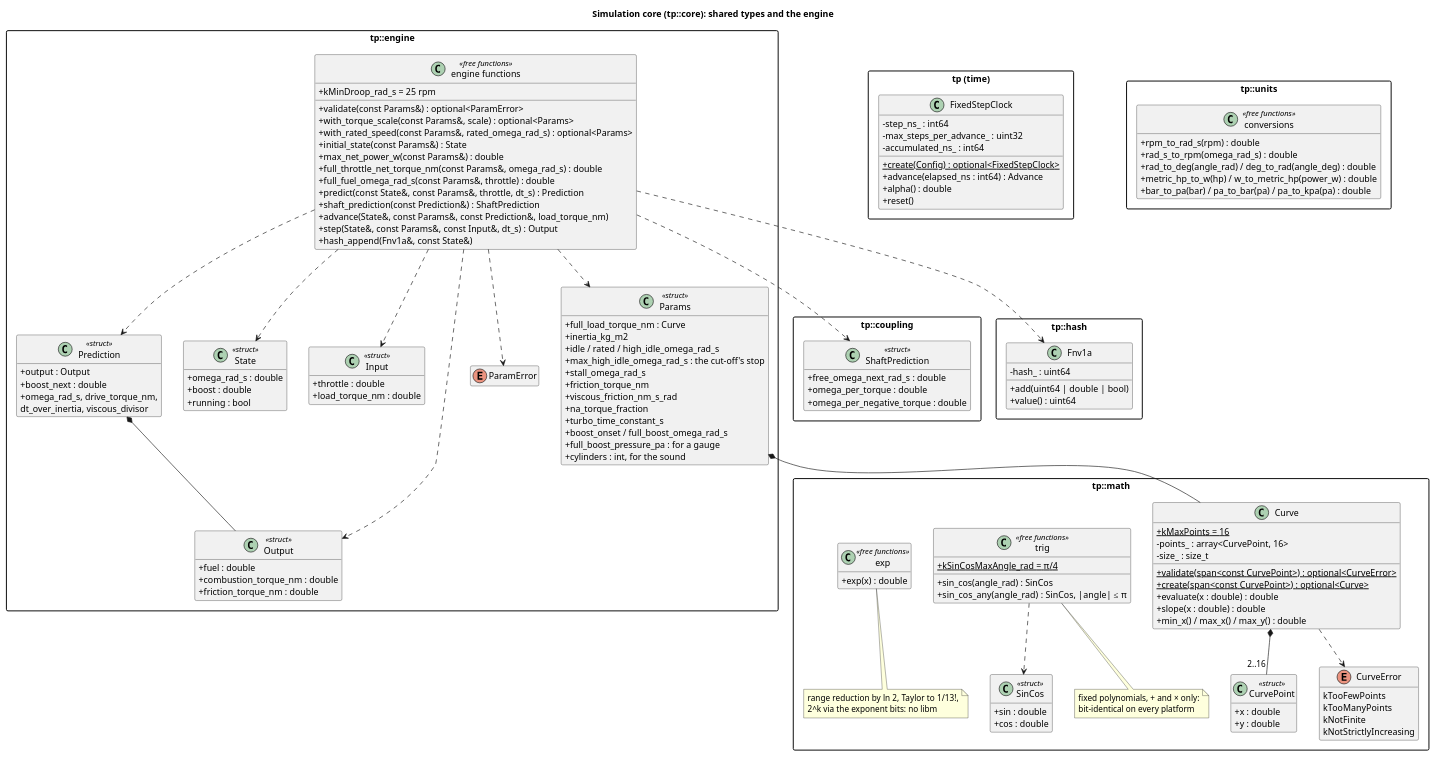
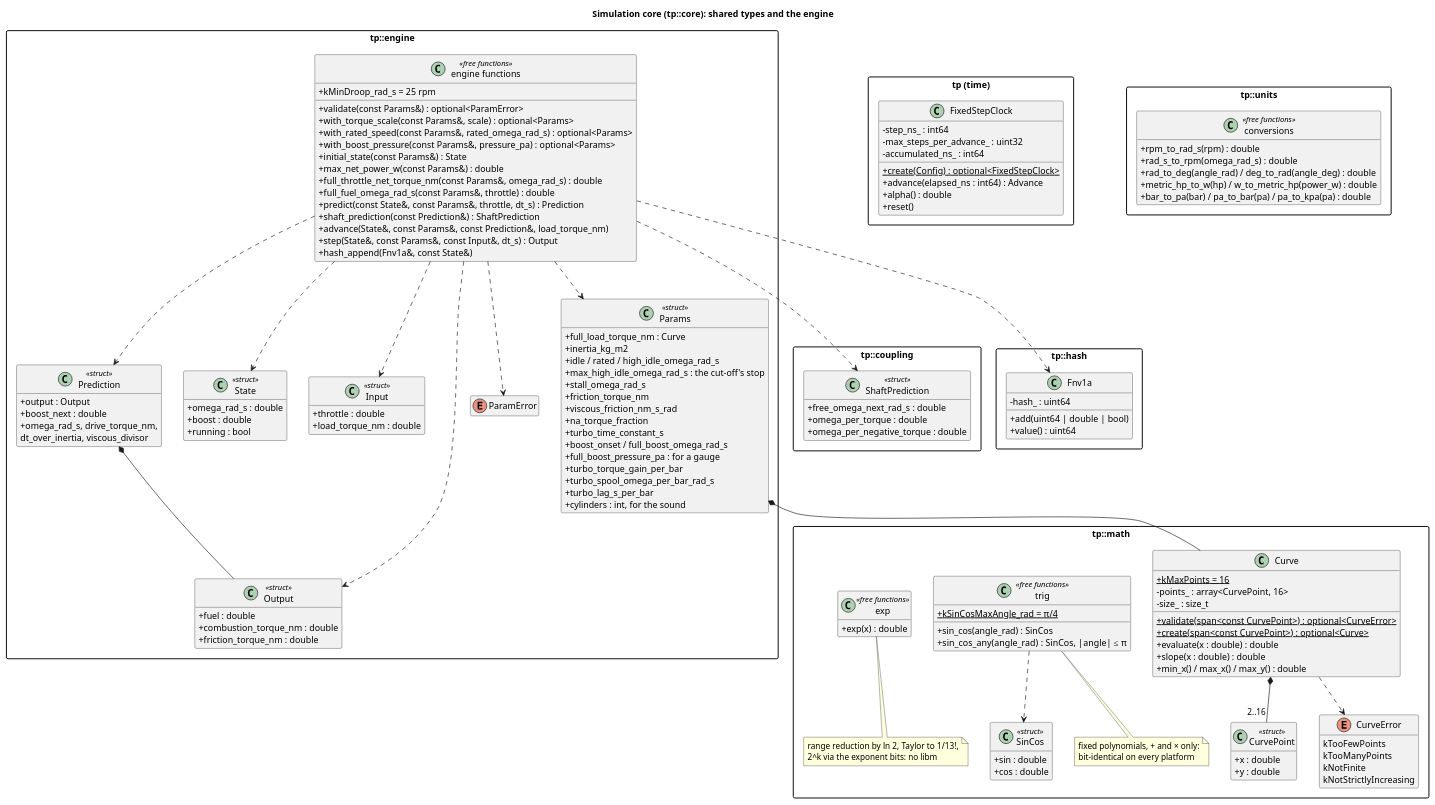
Before and after one commit to wversteeg/TractorPulling: the diagram in docs/diagrams/core_classes.puml, drawn with PlantUML. The commit also changed 26 other files, not shown here.

First line of the commit message:
Supersport 3.6 t: a turbo upgrade to 6 bar, higher prizes (#144)

```diff
--- a/docs/diagrams/core_classes.puml
+++ b/docs/diagrams/core_classes.puml
@@ -1,156 +1,160 @@
 @startuml core_classes
 title Simulation core (tp::core): shared types and the engine
 hide empty members
 skinparam packageStyle rectangle
 skinparam classAttributeIconSize 0
 
   package "tp::coupling" {
     class ShaftPrediction <<struct>> {
       +free_omega_next_rad_s : double
       +omega_per_torque : double
       +omega_per_negative_torque : double
     }
   }
 
   package "tp::math" {
     class CurvePoint <<struct>> {
       +x : double
       +y : double
     }
     enum CurveError {
       kTooFewPoints
       kTooManyPoints
       kNotFinite
       kNotStrictlyIncreasing
     }
     class Curve {
       +{static} kMaxPoints = 16
       -points_ : array<CurvePoint, 16>
       -size_ : size_t
       +{static} validate(span<const CurvePoint>) : optional<CurveError>
       +{static} create(span<const CurvePoint>) : optional<Curve>
       +evaluate(x : double) : double
       +slope(x : double) : double
       +min_x() / max_x() / max_y() : double
     }
     Curve *-- "2..16" CurvePoint
     Curve ..> CurveError
     class SinCos <<struct>> {
       +sin : double
       +cos : double
     }
     class "trig" as Trig <<free functions>> {
       +{static} kSinCosMaxAngle_rad = π/4
       +sin_cos(angle_rad) : SinCos
       +sin_cos_any(angle_rad) : SinCos, |angle| ≤ π
     }
     Trig ..> SinCos
     note bottom of Trig
       fixed polynomials, + and × only:
       bit-identical on every platform
     end note
     class "exp" as Exp <<free functions>> {
       +exp(x) : double
     }
     note bottom of Exp
       range reduction by ln 2, Taylor to 1/13!,
       2^k via the exponent bits: no libm
     end note
   }
 
   package "tp::engine" {
     class Params <<struct>> {
       +full_load_torque_nm : Curve
       +inertia_kg_m2
       +idle / rated / high_idle_omega_rad_s
       +max_high_idle_omega_rad_s : the cut-off's stop
       +stall_omega_rad_s
       +friction_torque_nm
       +viscous_friction_nm_s_rad
       +na_torque_fraction
       +turbo_time_constant_s
       +boost_onset / full_boost_omega_rad_s
       +full_boost_pressure_pa : for a gauge
+      +turbo_torque_gain_per_bar
+      +turbo_spool_omega_per_bar_rad_s
+      +turbo_lag_s_per_bar
       +cylinders : int, for the sound
     }
     class State <<struct>> {
       +omega_rad_s : double
       +boost : double
       +running : bool
     }
     class Input <<struct>> {
       +throttle : double
       +load_torque_nm : double
     }
     class Output <<struct>> {
       +fuel : double
       +combustion_torque_nm : double
       +friction_torque_nm : double
     }
     enum ParamError
     class Prediction <<struct>> {
       +output : Output
       +boost_next : double
       +omega_rad_s, drive_torque_nm,
        dt_over_inertia, viscous_divisor
     }
     class "engine functions" as EngineFns <<free functions>> {
       +kMinDroop_rad_s = 25 rpm
       +validate(const Params&) : optional<ParamError>
       +with_torque_scale(const Params&, scale) : optional<Params>
       +with_rated_speed(const Params&, rated_omega_rad_s) : optional<Params>
+      +with_boost_pressure(const Params&, pressure_pa) : optional<Params>
       +initial_state(const Params&) : State
       +max_net_power_w(const Params&) : double
       +full_throttle_net_torque_nm(const Params&, omega_rad_s) : double
       +full_fuel_omega_rad_s(const Params&, throttle) : double
       +predict(const State&, const Params&, throttle, dt_s) : Prediction
       +shaft_prediction(const Prediction&) : ShaftPrediction
       +advance(State&, const Params&, const Prediction&, load_torque_nm)
       +step(State&, const Params&, const Input&, dt_s) : Output
       +hash_append(Fnv1a&, const State&)
     }
     Prediction *-- Output
     EngineFns ..> Prediction
     Params *-- Curve
     EngineFns ..> Params
     EngineFns ..> State
     EngineFns ..> Input
     EngineFns ..> Output
     EngineFns ..> ParamError
   }
 
 
   EngineFns ..> ShaftPrediction
 
   package "tp::hash" {
     class Fnv1a {
       -hash_ : uint64
       +add(uint64 | double | bool)
       +value() : uint64
     }
   }
   EngineFns ..> Fnv1a
 
   package "tp (time)" {
     class FixedStepClock {
       -step_ns_ : int64
       -max_steps_per_advance_ : uint32
       -accumulated_ns_ : int64
       +{static} create(Config) : optional<FixedStepClock>
       +advance(elapsed_ns : int64) : Advance
       +alpha() : double
       +reset()
     }
   }
 
   package "tp::units" {
     class "conversions" as Units <<free functions>> {
       +rpm_to_rad_s(rpm) : double
       +rad_s_to_rpm(omega_rad_s) : double
       +rad_to_deg(angle_rad) / deg_to_rad(angle_deg) : double
       +metric_hp_to_w(hp) / w_to_metric_hp(power_w) : double
       +bar_to_pa(bar) / pa_to_bar(pa) / pa_to_kpa(pa) : double
     }
   }
 
 @enduml
```
